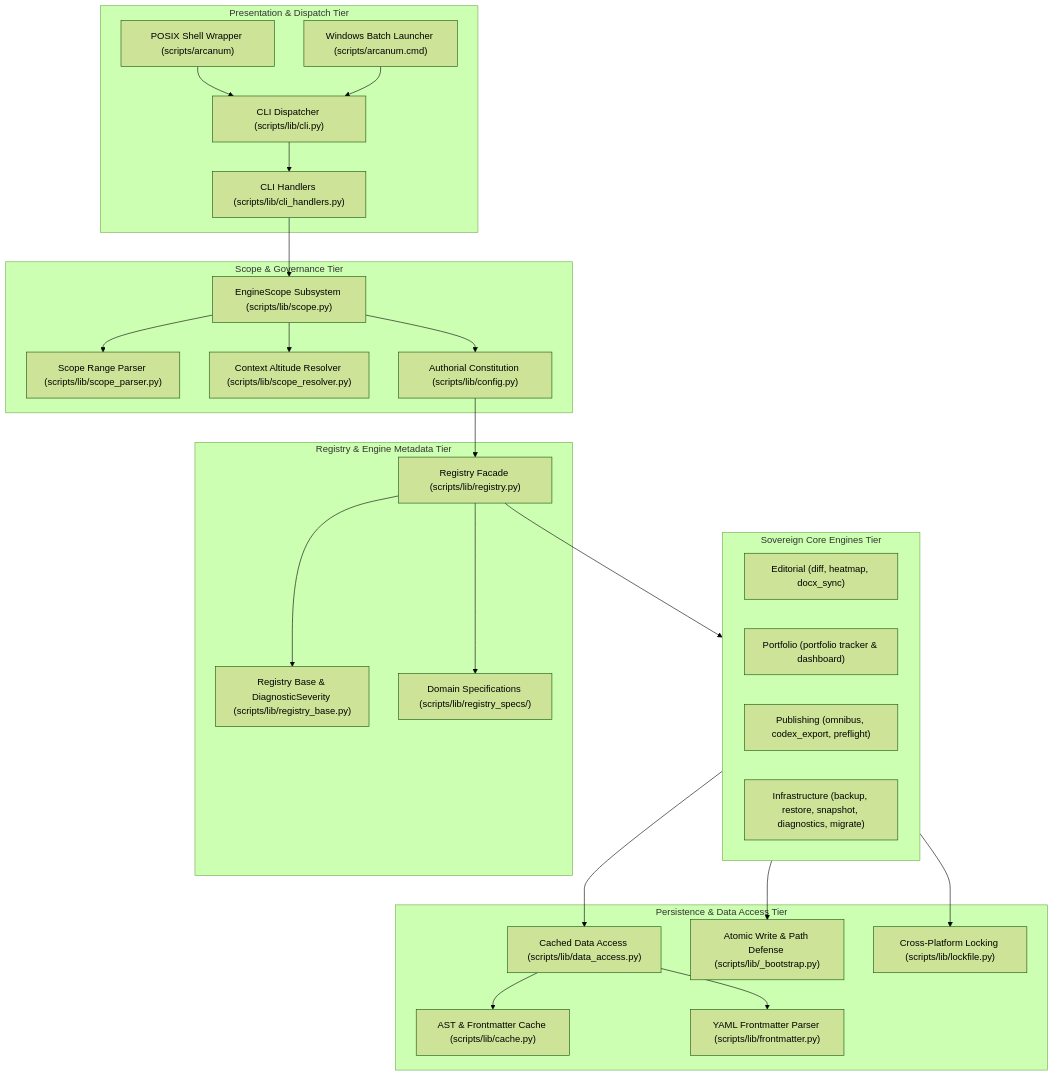
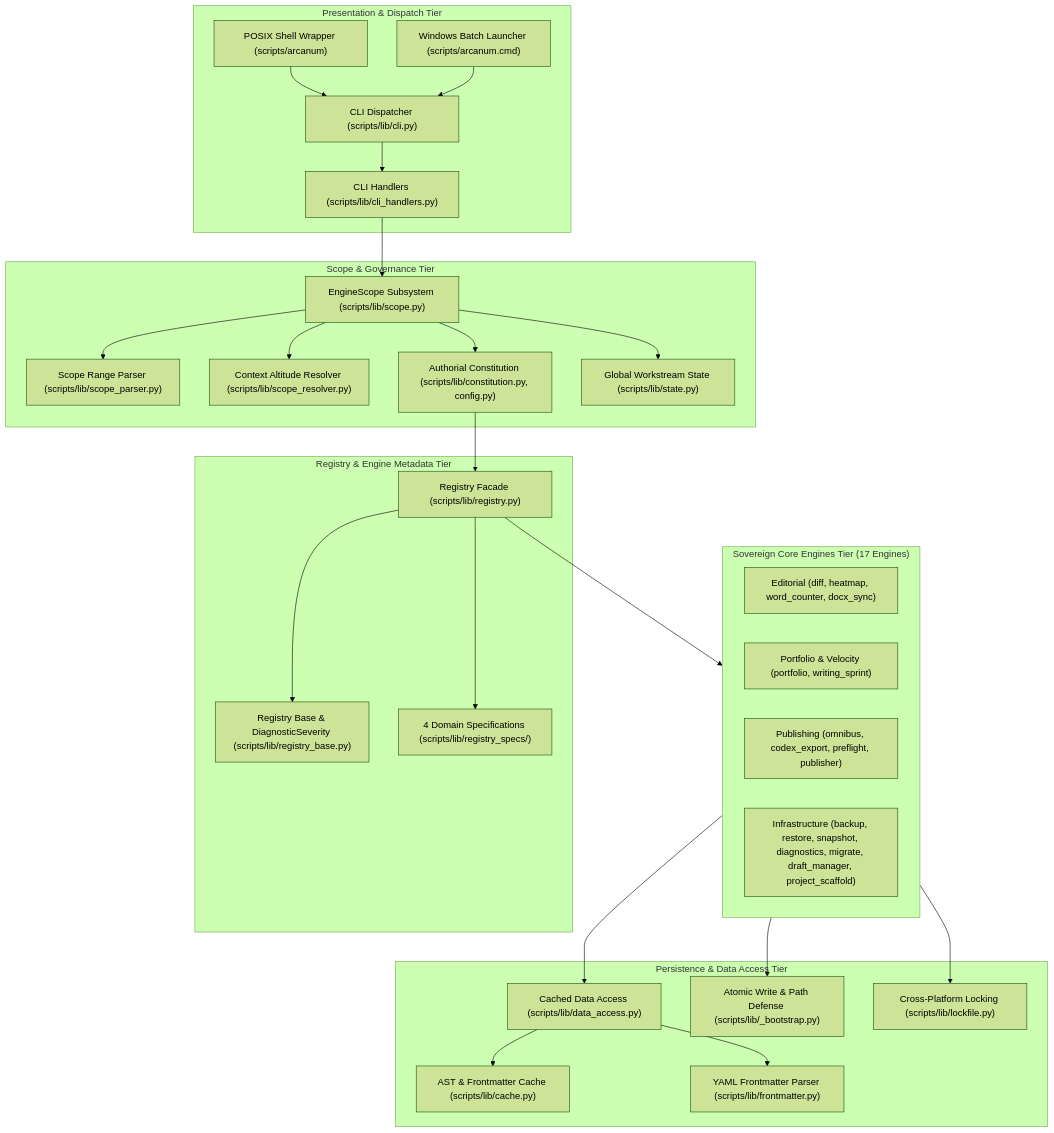
The second of 7 diagrams in docs/codebase/ARCHITECTURE.md (aryansinghnagar/Ars-Arcanum), drawn with Mermaid (forest theme) before and after one commit. The commit also changed other lines of this file and 47 other files, not shown here.

First line of the commit message:
feat: implement Word Counter & Velocity engines and synchronize documentation

````diff
--- a/docs/codebase/ARCHITECTURE.md
+++ b/docs/codebase/ARCHITECTURE.md
@@ -237,54 +255,56 @@
 ```mermaid
 flowchart TD
     subgraph PresentationTier["Presentation & Dispatch Tier"]
         CLI["CLI Dispatcher (scripts/lib/cli.py)"]
         HANDLERS["CLI Handlers (scripts/lib/cli_handlers.py)"]
         POSIX_BOOT["POSIX Shell Wrapper (scripts/arcanum)"]
         WIN_BOOT["Windows Batch Launcher (scripts/arcanum.cmd)"]
     end
 
     subgraph ScopeGovernanceTier["Scope & Governance Tier"]
         SCOPE["EngineScope Subsystem (scripts/lib/scope.py)"]
         SCOPE_PARSER["Scope Range Parser (scripts/lib/scope_parser.py)"]
         SCOPE_RESOLVER["Context Altitude Resolver (scripts/lib/scope_resolver.py)"]
-        CONST["Authorial Constitution (scripts/lib/config.py)"]
+        CONST["Authorial Constitution (scripts/lib/constitution.py, config.py)"]
+        STATE["Global Workstream State (scripts/lib/state.py)"]
     end
 
     subgraph RegistryTier["Registry & Engine Metadata Tier"]
         REG_FACADE["Registry Facade (scripts/lib/registry.py)"]
         REG_BASE["Registry Base & DiagnosticSeverity (scripts/lib/registry_base.py)"]
-        REG_SPECS["Domain Specifications (scripts/lib/registry_specs/)"]
+        REG_SPECS["4 Domain Specifications (scripts/lib/registry_specs/)"]
     end
 
-    subgraph CoreEnginesTier["Sovereign Core Engines Tier"]
-        EDITORIAL["Editorial (diff, heatmap, docx_sync)"]
-        PORTFOLIO["Portfolio (portfolio tracker & dashboard)"]
-        PUBLISHING["Publishing (omnibus, codex_export, preflight)"]
-        INFRA["Infrastructure (backup, restore, snapshot, diagnostics, migrate)"]
+    subgraph CoreEnginesTier["Sovereign Core Engines Tier (17 Engines)"]
+        EDITORIAL["Editorial (diff, heatmap, word_counter, docx_sync)"]
+        PORTFOLIO["Portfolio & Velocity (portfolio, writing_sprint)"]
+        PUBLISHING["Publishing (omnibus, codex_export, preflight, publisher)"]
+        INFRA["Infrastructure (backup, restore, snapshot, diagnostics, migrate, draft_manager, project_scaffold)"]
     end
 
     subgraph DataStorageTier["Persistence & Data Access Tier"]
         DATA_ACCESS["Cached Data Access (scripts/lib/data_access.py)"]
         CACHE["AST & Frontmatter Cache (scripts/lib/cache.py)"]
         FRONTMATTER["YAML Frontmatter Parser (scripts/lib/frontmatter.py)"]
         BOOTSTRAP["Atomic Write & Path Defense (scripts/lib/_bootstrap.py)"]
         LOCKFILE["Cross-Platform Locking (scripts/lib/lockfile.py)"]
     end
 
     POSIX_BOOT --> CLI
     WIN_BOOT --> CLI
     CLI --> HANDLERS
     HANDLERS --> SCOPE
     SCOPE --> SCOPE_PARSER
     SCOPE --> SCOPE_RESOLVER
     SCOPE --> CONST
+    SCOPE --> STATE
     CONST --> REG_FACADE
     REG_FACADE --> REG_BASE
     REG_FACADE --> REG_SPECS
     REG_FACADE --> CoreEnginesTier
     CoreEnginesTier --> DATA_ACCESS
     DATA_ACCESS --> CACHE
     DATA_ACCESS --> FRONTMATTER
     CoreEnginesTier --> BOOTSTRAP
     CoreEnginesTier --> LOCKFILE
 ```
````
